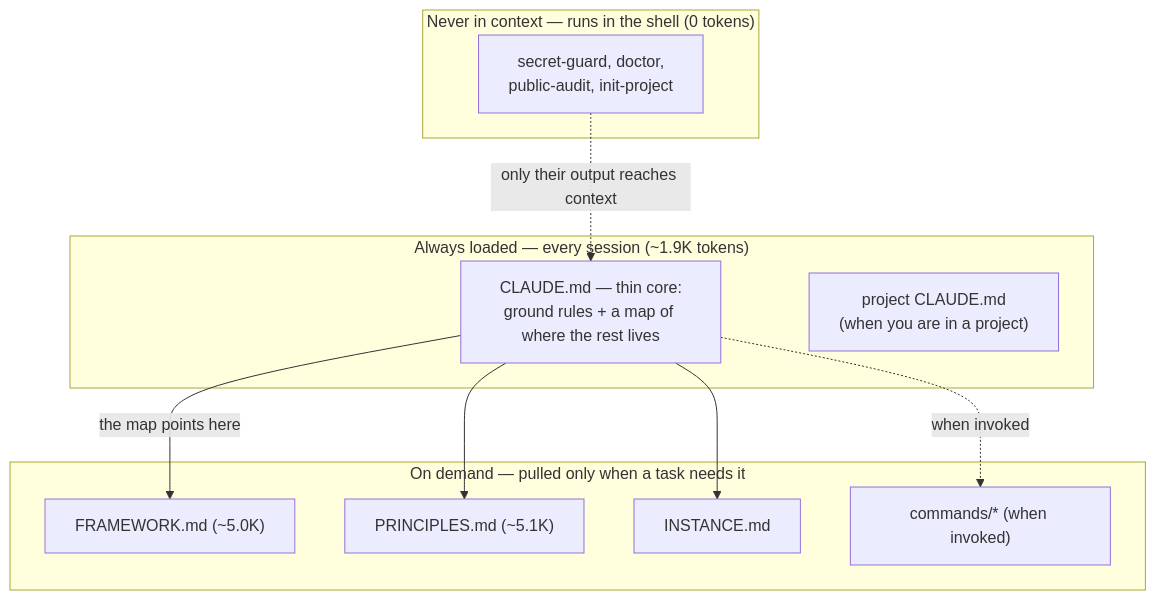
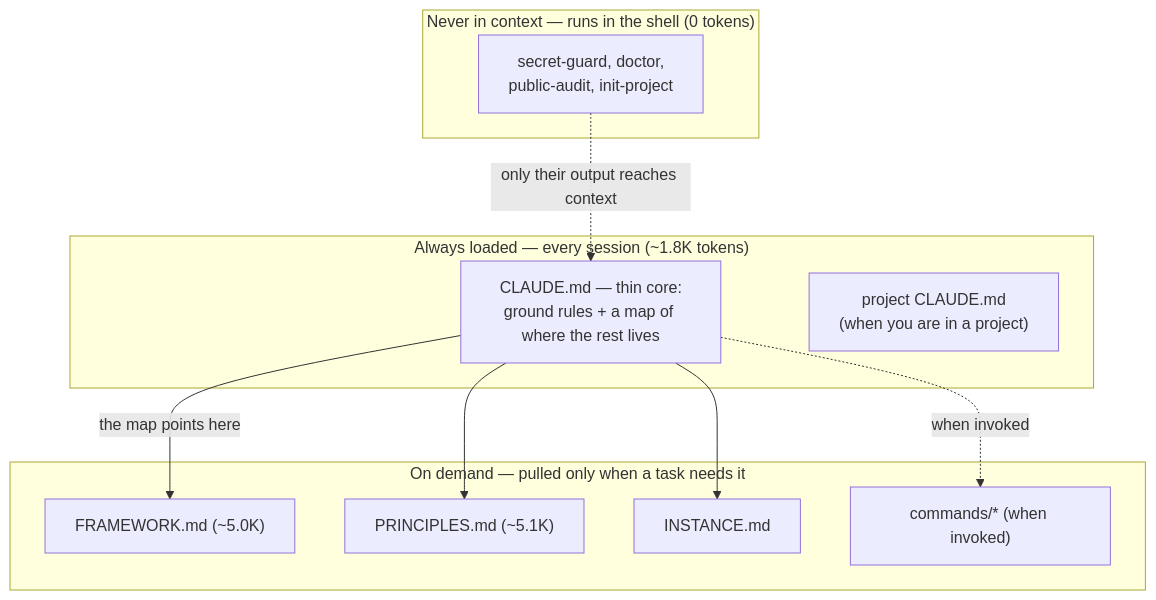
Before and after one commit to rockerlabs/keel: the diagram in README.md, drawn with Mermaid. The commit also changed 5 other files, not shown here.

First line of the commit message:
Simplify pass: cut always-loaded noise the split itself added

````diff
--- a/README.md
+++ b/README.md
@@ -120,21 +120,21 @@
 ```mermaid
 flowchart TD
-    subgraph always["Always loaded — every session (~1.9K tokens)"]
+    subgraph always["Always loaded — every session (~1.8K tokens)"]
         core["CLAUDE.md — thin core:<br/>ground rules + a map of where the rest lives"]
         proj["project CLAUDE.md<br/>(when you are in a project)"]
     end
     subgraph demand["On demand — pulled only when a task needs it"]
         fw["FRAMEWORK.md (~5.0K)"]
         prin["PRINCIPLES.md (~5.1K)"]
         inst["INSTANCE.md"]
         cmd["commands/* (when invoked)"]
     end
     subgraph never["Never in context — runs in the shell (0 tokens)"]
         tools["secret-guard, doctor,<br/>public-audit, init-project"]
     end
     core -->|the map points here| fw
     core --> prin
     core --> inst
     core -.->|when invoked| cmd
     tools -.->|only their output reaches context| core
 ```
````
